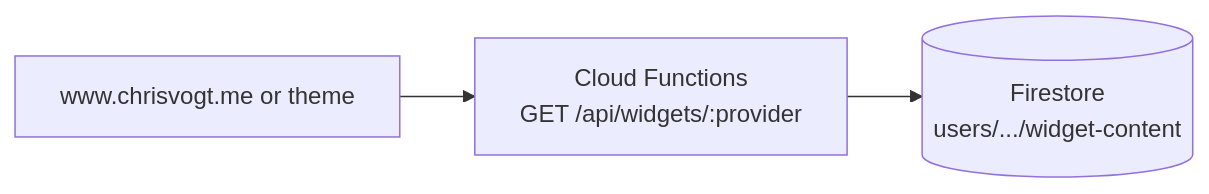
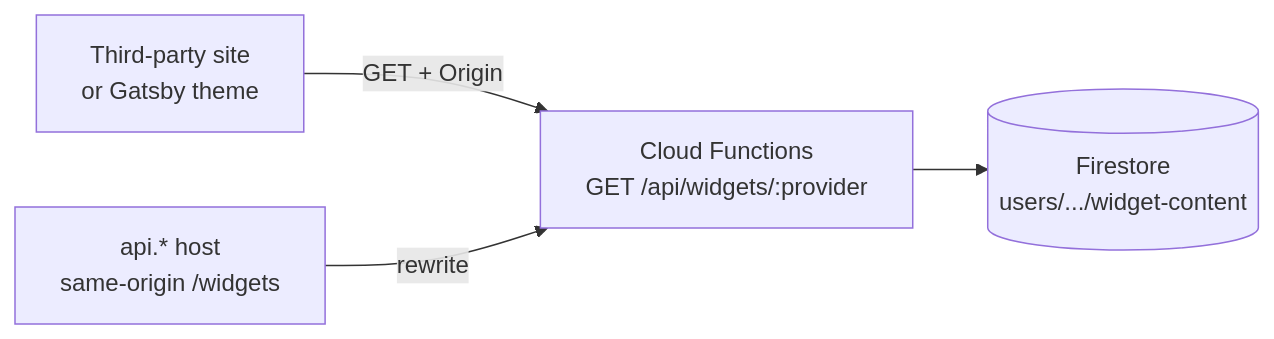
Before and after one commit to chrisvogt/metrics: the third of 5 diagrams in README.md, drawn with Mermaid. The commit also changed other lines of this file and 44 other files, not shown here.

````diff
--- a/README.md
+++ b/README.md
@@ -88,5 +111,8 @@
 ```mermaid
 flowchart LR
-  site[www.chrisvogt.me or theme] --> fn[Cloud Functions<br/>GET /api/widgets/:provider]
+  site[Third-party site<br/>or Gatsby theme]
+  apiHost[api.* host<br/>same-origin /widgets]
+  site -->|GET + Origin| fn[Cloud Functions<br/>GET /api/widgets/:provider]
+  apiHost -->|rewrite| fn
   fn --> fs[(Firestore<br/>users/.../widget-content)]
 ```
````
